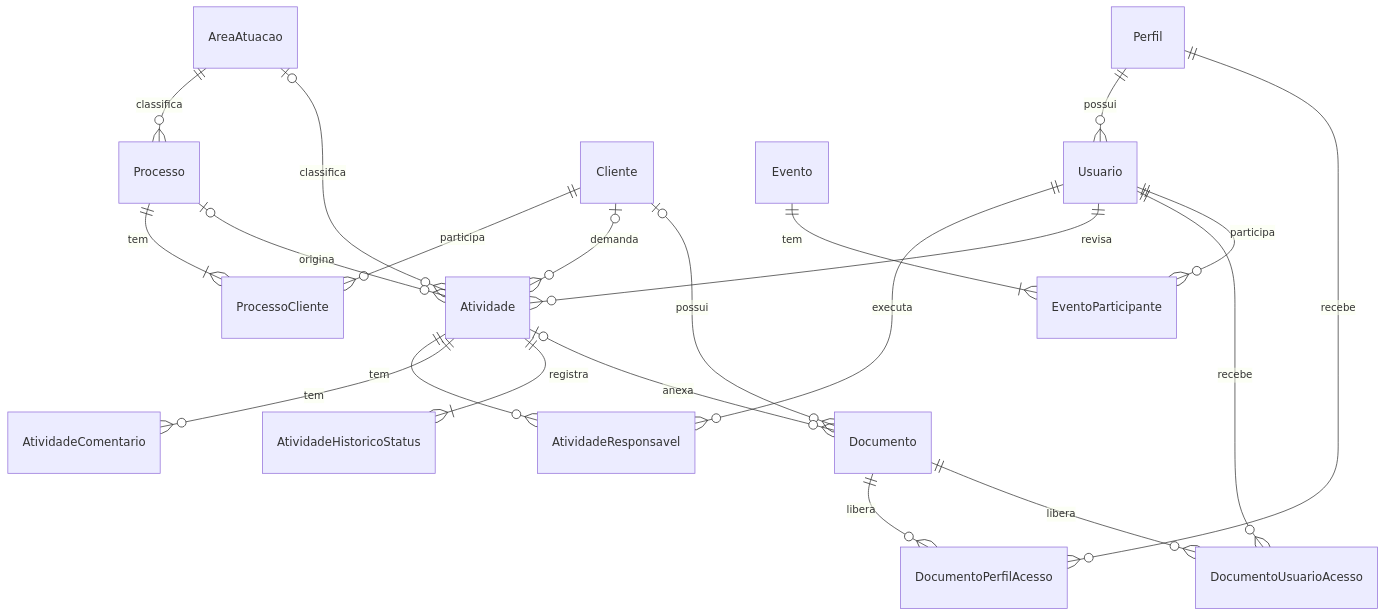
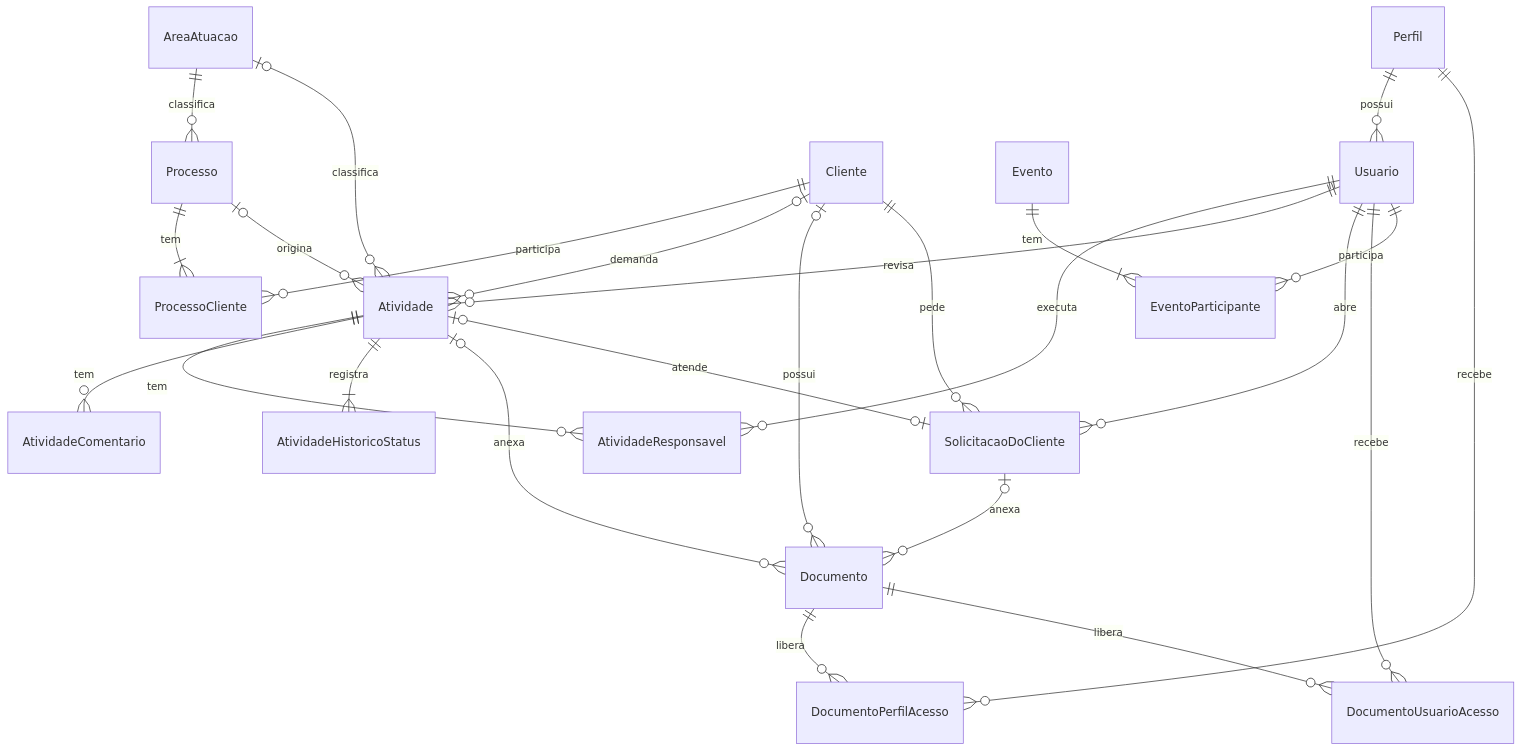
Before and after one commit to paulino-dev/SIstemaControleAtividadesJuridicas: the first of 2 diagrams in docs/superpowers/specs/2026-10-06-modelagem-dominio-design.md, drawn with Mermaid. The commit also changed other lines of this file and 2 other files, not shown here.

````diff
--- a/docs/superpowers/specs/2026-10-06-modelagem-dominio-design.md
+++ b/docs/superpowers/specs/2026-10-06-modelagem-dominio-design.md
@@ -60,23 +61,27 @@
 ```mermaid
 erDiagram
     Perfil ||--o{ Usuario : possui
     AreaAtuacao ||--o{ Processo : classifica
     AreaAtuacao |o--o{ Atividade : classifica
     Processo ||--|{ ProcessoCliente : tem
     Cliente ||--o{ ProcessoCliente : participa
     Cliente |o--o{ Atividade : demanda
     Processo |o--o{ Atividade : origina
     Atividade ||--o{ AtividadeResponsavel : tem
     Atividade ||--o{ AtividadeComentario : tem
     Atividade ||--|{ AtividadeHistoricoStatus : registra
     Usuario ||--o{ AtividadeResponsavel : executa
     Usuario ||--o{ Atividade : revisa
     Cliente |o--o{ Documento : possui
     Atividade |o--o{ Documento : anexa
+    Cliente ||--o{ SolicitacaoDoCliente : pede
+    Usuario ||--o{ SolicitacaoDoCliente : abre
+    SolicitacaoDoCliente |o--o{ Documento : anexa
+    Atividade |o--o| SolicitacaoDoCliente : atende
     Documento ||--o{ DocumentoPerfilAcesso : libera
     Documento ||--o{ DocumentoUsuarioAcesso : libera
     Perfil ||--o{ DocumentoPerfilAcesso : recebe
     Usuario ||--o{ DocumentoUsuarioAcesso : recebe
     Evento ||--|{ EventoParticipante : tem
     Usuario ||--o{ EventoParticipante : participa
 ```
````
